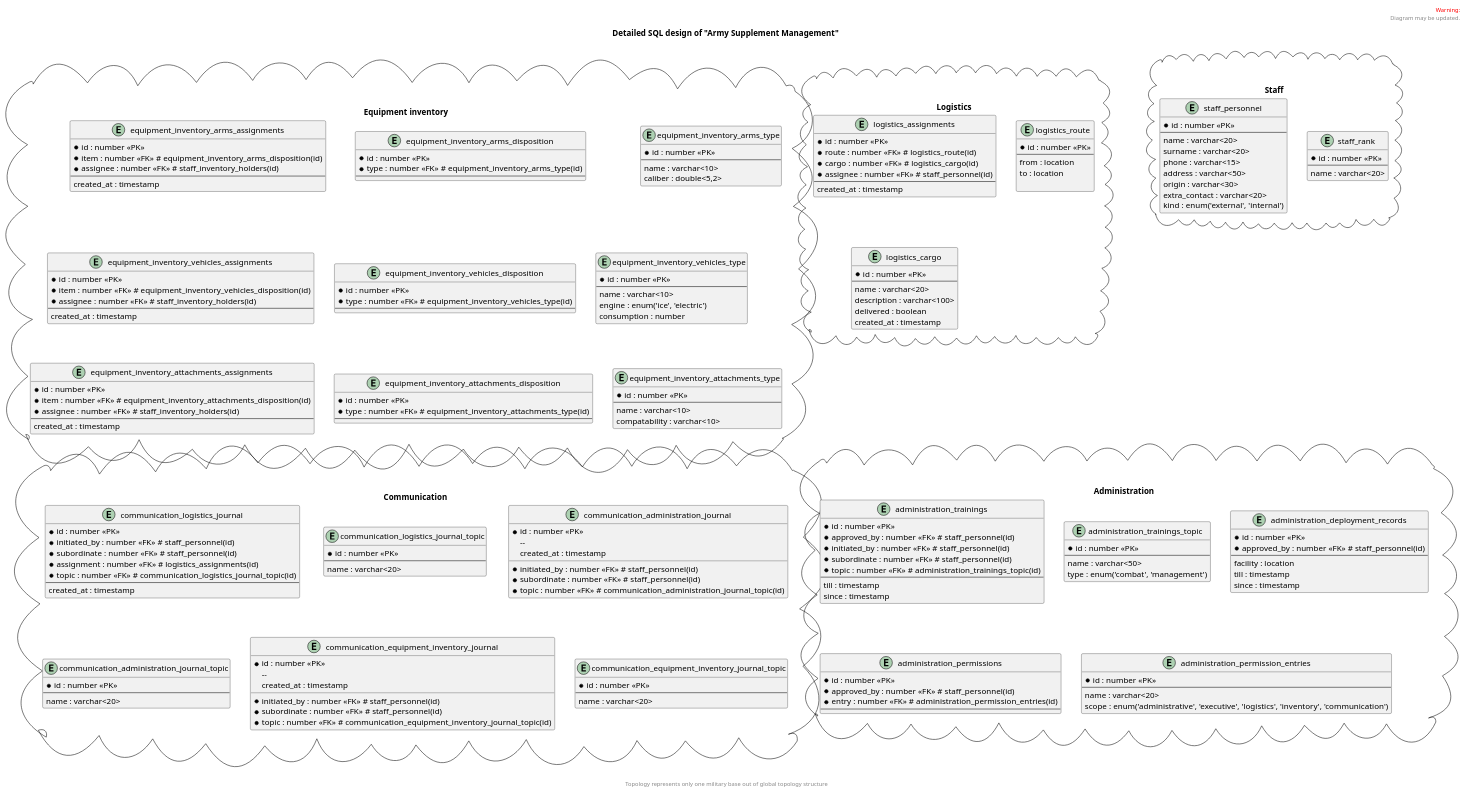
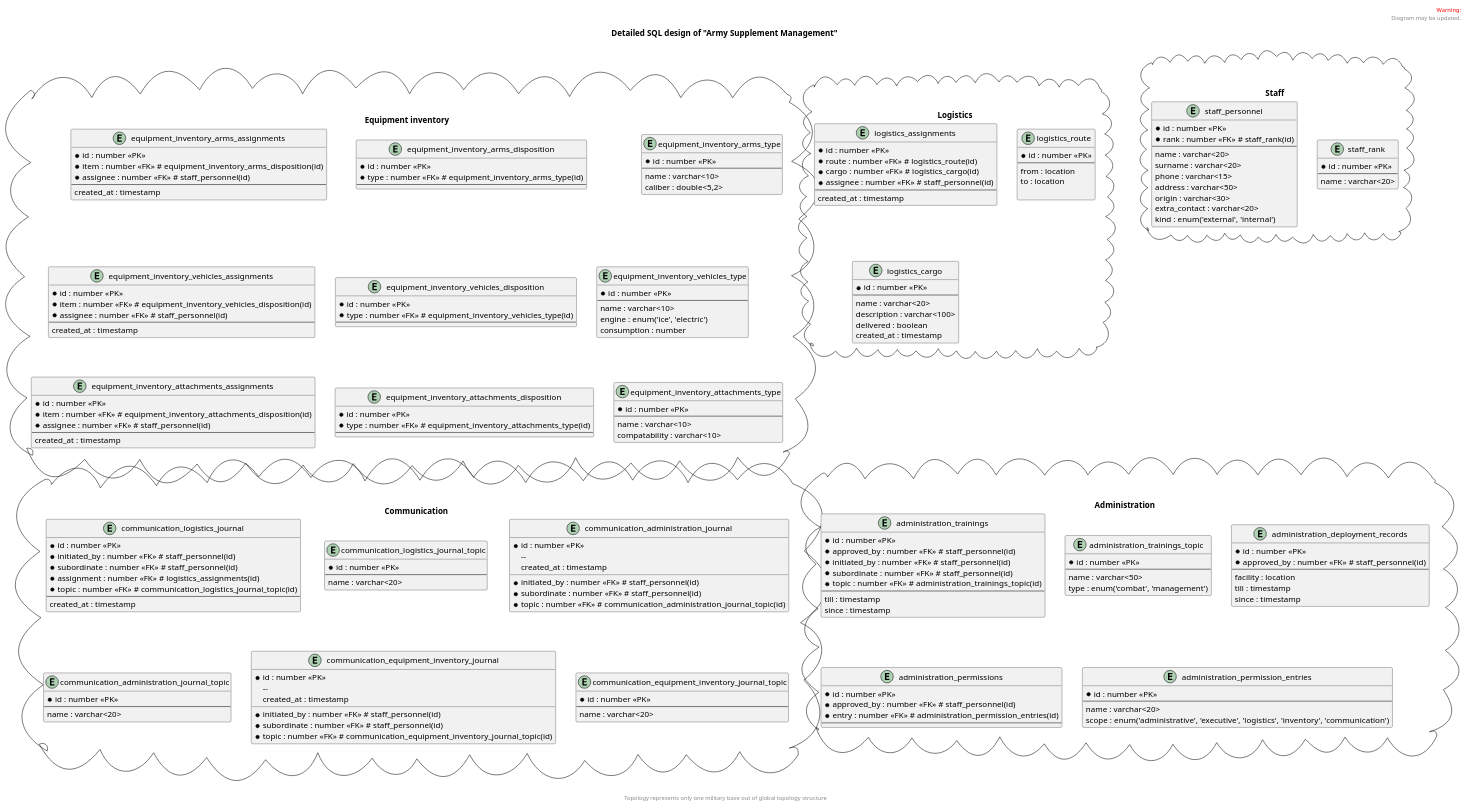
Before and after one commit to YarikRevich/army-supplement-management: the diagram in docs/examples/detailed-design-sql.md, drawn with PlantUML. The commit also changed 1 other file, not shown here.

Commit message:
Feature: add SQL diagram representation (#7)
* feature: added detailed sql diagram

* fix: fixed sql diagram

* fix: fixed bugs

* fix: fixed bugs

```diff
--- a/docs/examples/detailed-design-sql.md
+++ b/docs/examples/detailed-design-sql.md
@@ -15,7 +15,7 @@
 entity "equipment_inventory_arms_assignments" {
     *id : number <<PK>>
     *item : number <<FK>> # equipment_inventory_arms_disposition(id)
-    *assignee : number <<FK>> # staff_inventory_holders(id)
+    *assignee : number <<FK>> # staff_personnel(id)
     --
     created_at : timestamp
 }
@@ -36,7 +36,7 @@
 entity "equipment_inventory_vehicles_assignments" {
     *id : number <<PK>>
     *item : number <<FK>> # equipment_inventory_vehicles_disposition(id)
-    *assignee : number <<FK>> # staff_inventory_holders(id)
+    *assignee : number <<FK>> # staff_personnel(id)
     --
     created_at : timestamp
 }
@@ -58,7 +58,7 @@
 entity "equipment_inventory_attachments_assignments" {
     *id : number <<PK>>
     *item : number <<FK>> # equipment_inventory_attachments_disposition(id)
-    *assignee : number <<FK>> # staff_inventory_holders(id)
+    *assignee : number <<FK>> # staff_personnel(id)
     --
     created_at : timestamp
 }
@@ -118,6 +118,7 @@
 
 entity "staff_personnel" {
     *id : number <<PK>>
+    *rank : number <<FK>> # staff_rank(id)
     --
     name : varchar<20>
     surname : varchar<20>
```
